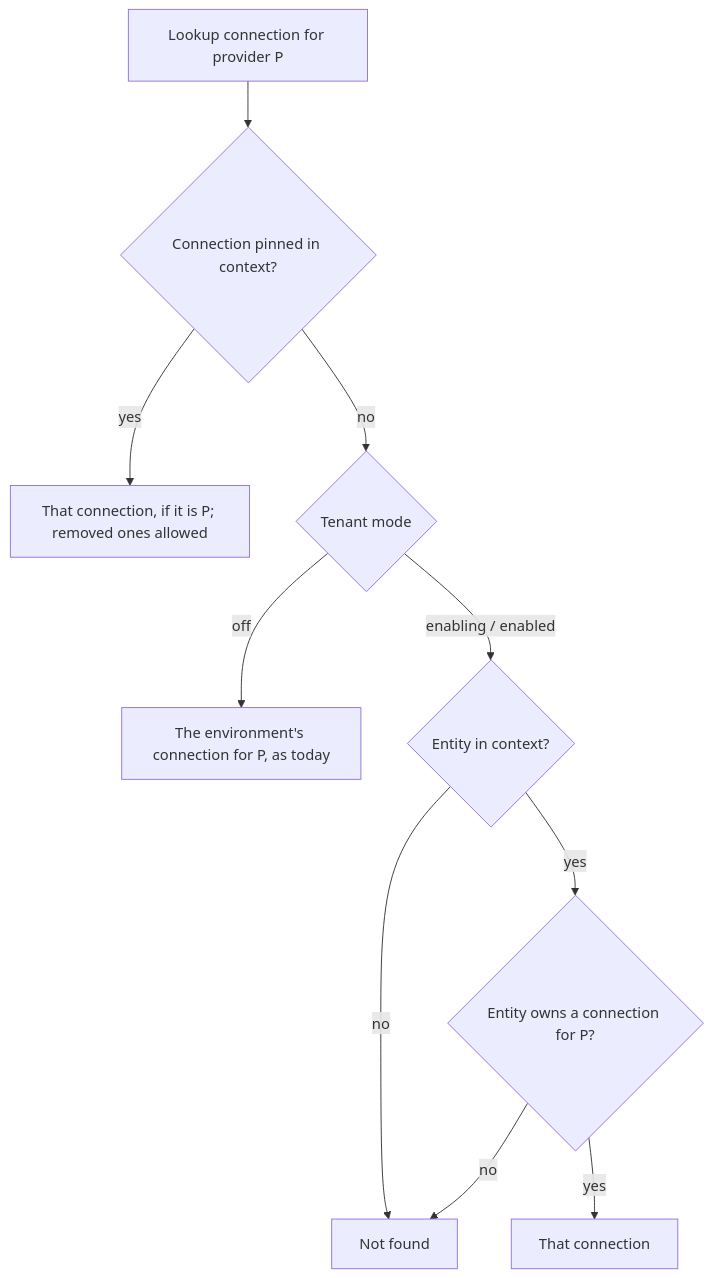
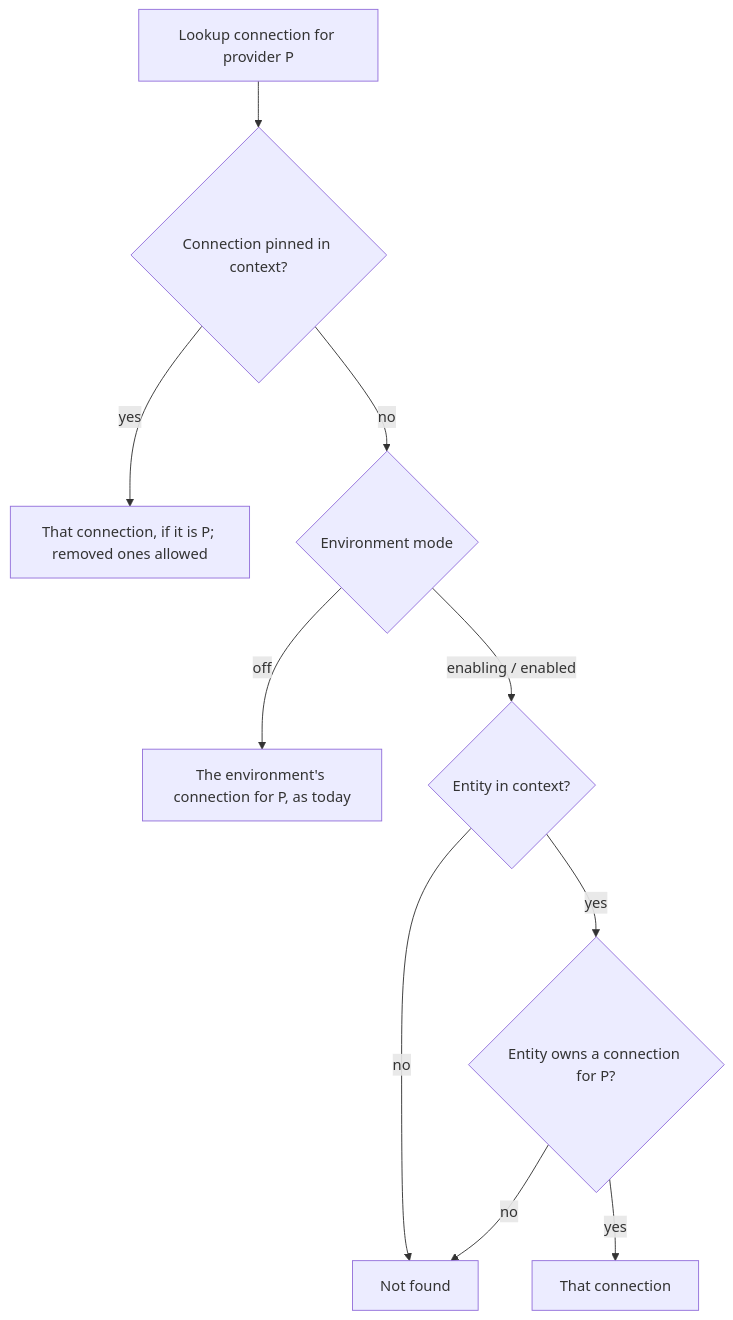
One commit to flexprice/flexprice changed the third of 5 diagrams in docs/design/2026-10-28-billing-entities-p2-erd.md. Above: the diagram before and after it, drawn with Mermaid. The commit also changed other lines of this file and 9 other files, not shown here.

First line of the commit message:
test(billing-entities): give mode readers the environment store; ERD per-environment wording

````diff
--- a/docs/design/2026-10-28-billing-entities-p2-erd.md
+++ b/docs/design/2026-10-28-billing-entities-p2-erd.md
@@ -345,12 +345,12 @@
 ```mermaid
 flowchart TD
   L[Lookup connection for provider P] --> W{Connection pinned in context?}
   W -- yes --> C1[That connection, if it is P; removed ones allowed]
-  W -- no --> M{Tenant mode}
+  W -- no --> M{Environment mode}
   M -- off --> C2[The environment's connection for P, as today]
   M -- enabling / enabled --> E{Entity in context?}
   E -- no --> NF[Not found]
   E -- yes --> A{Entity owns a connection for P?}
   A -- yes --> C3[That connection]
   A -- no --> NF
 ```
````
